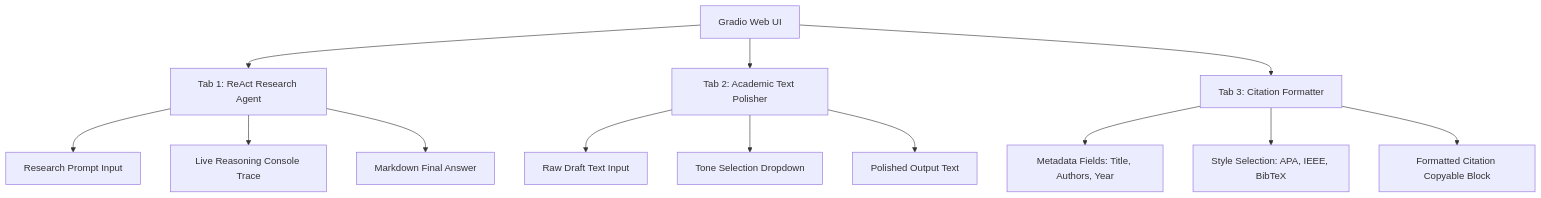
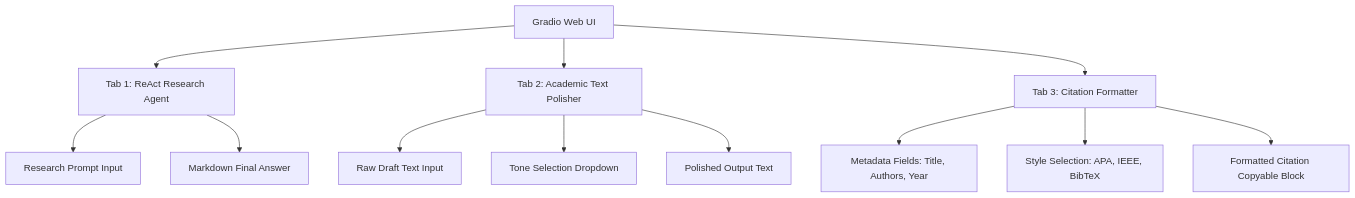
Before and after one commit to hoanganh-repogit/Day-3-2A202600762-HoangVanAnh: the diagram in GRADIO_GUIDE.md, drawn with Mermaid. The commit also changed other lines of this file and 7 other files, not shown here.

````diff
--- a/GRADIO_GUIDE.md
+++ b/GRADIO_GUIDE.md
@@ -11,18 +11,17 @@
 ```mermaid
 graph TD
     A[Gradio Web UI] --> B[Tab 1: ReAct Research Agent]
     A --> C[Tab 2: Academic Text Polisher]
     A --> D[Tab 3: Citation Formatter]
     
     B --> B1[Research Prompt Input]
-    B --> B2[Live Reasoning Console Trace]
-    B --> B3[Markdown Final Answer]
+    B --> B2[Markdown Final Answer]
     
     C --> C1[Raw Draft Text Input]
     C --> C2[Tone Selection Dropdown]
     C --> C3[Polished Output Text]
     
     D --> D1[Metadata Fields: Title, Authors, Year]
     D --> D2[Style Selection: APA, IEEE, BibTeX]
     D --> D3[Formatted Citation Copyable Block]
 ```
````
